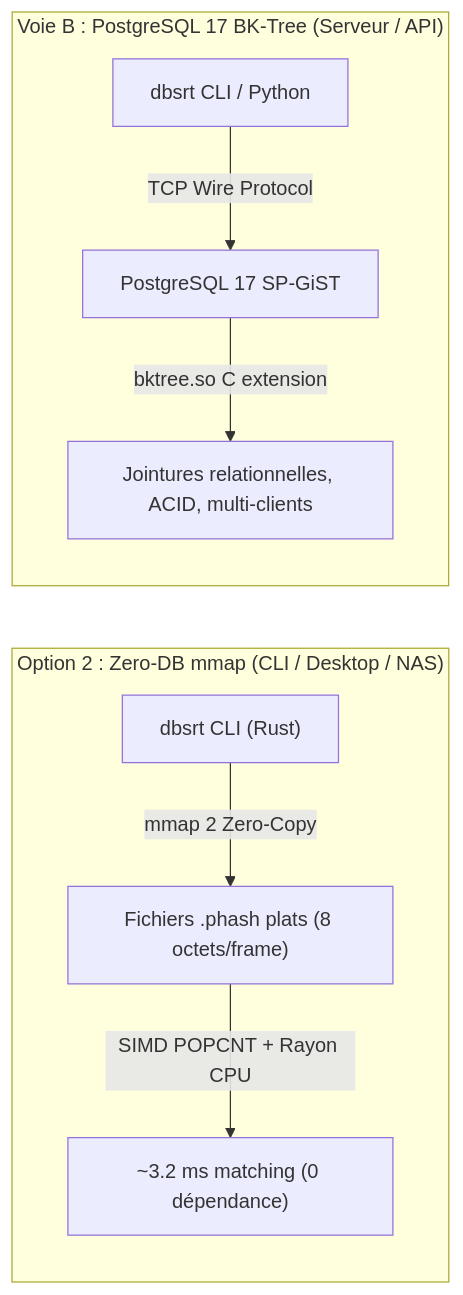
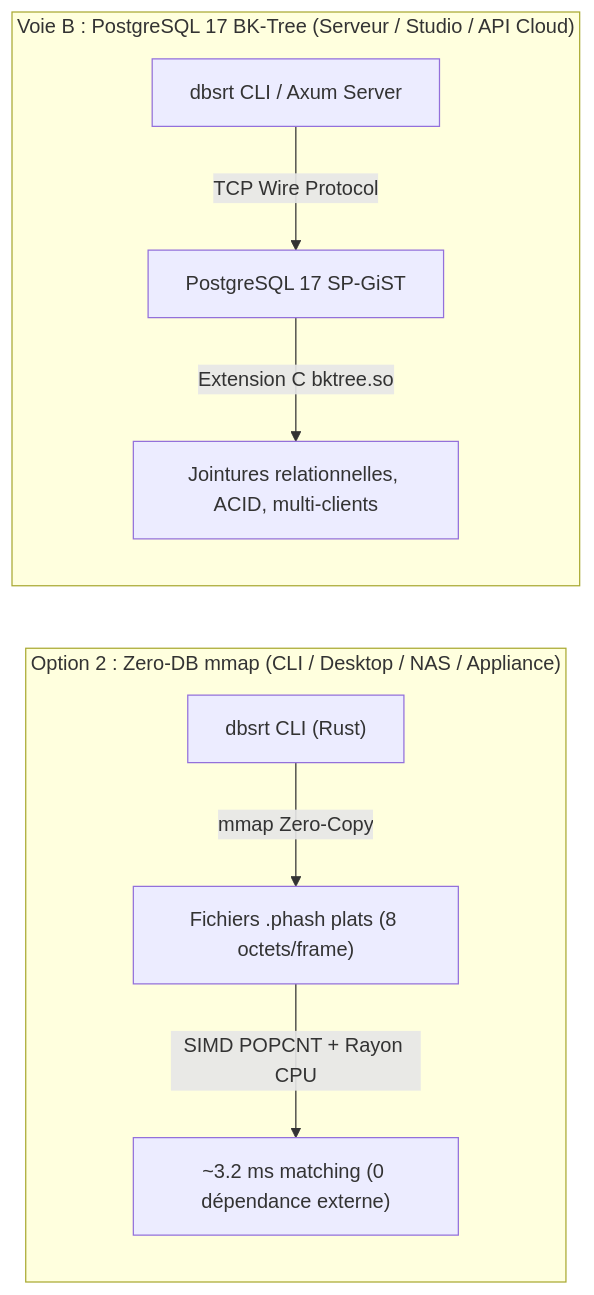
The first of 4 diagrams in README.md (yoyonel/pydbsrt), drawn with Mermaid before and after one commit. The commit also changed other lines of this file and 5 other files, not shown here.

Commit message:
docs: enrich README and add Diataxis CI/CD architecture reference quadrant

````diff
--- a/README.md
+++ b/README.md
@@ -13,12 +86,12 @@
 ```mermaid
 flowchart LR
-    subgraph Mode_ZeroDB["Option 2 : Zero-DB mmap (CLI / Desktop / NAS)"]
-        CLI_Z["dbsrt CLI (Rust)"] -->|mmap 2 Zero-Copy| MMAP["Fichiers .phash plats (8 octets/frame)"]
-        MMAP -->|SIMD POPCNT + Rayon CPU| FAST["~3.2 ms matching (0 dépendance)"]
+    subgraph Mode_ZeroDB["Option 2 : Zero-DB mmap (CLI / Desktop / NAS / Appliance)"]
+        CLI_Z["dbsrt CLI (Rust)"] -->|mmap Zero-Copy| MMAP["Fichiers .phash plats (8 octets/frame)"]
+        MMAP -->|SIMD POPCNT + Rayon CPU| FAST["~3.2 ms matching (0 dépendance externe)"]
     end
 
-    subgraph Mode_DB["Voie B : PostgreSQL 17 BK-Tree (Serveur / API)"]
-        CLI_D["dbsrt CLI / Python"] -->|TCP Wire Protocol| PG["PostgreSQL 17 SP-GiST"]
-        PG -->|bktree.so C extension| SQL["Jointures relationnelles, ACID, multi-clients"]
+    subgraph Mode_DB["Voie B : PostgreSQL 17 BK-Tree (Serveur / Studio / API Cloud)"]
+        CLI_D["dbsrt CLI / Axum Server"] -->|TCP Wire Protocol| PG["PostgreSQL 17 SP-GiST"]
+        PG -->|Extension C bktree.so| SQL["Jointures relationnelles, ACID, multi-clients"]
     end
 ```
````
